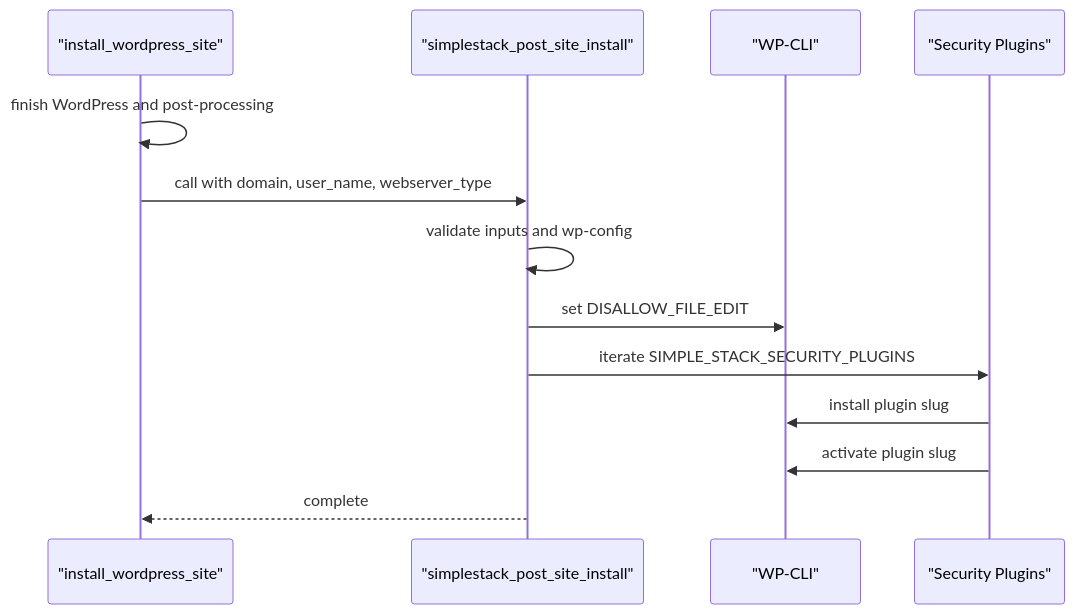
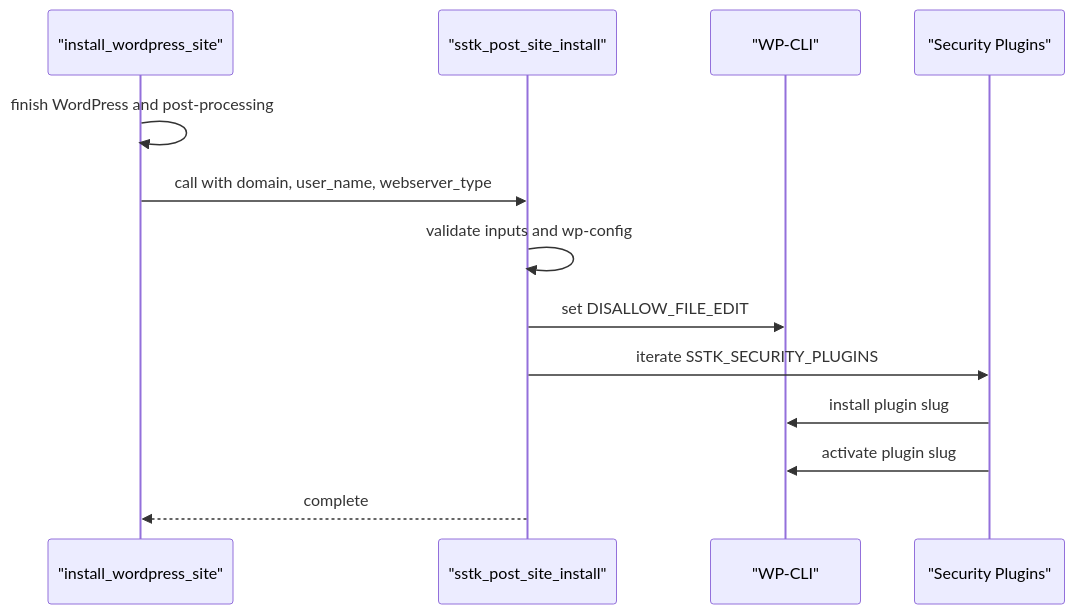
Before and after one commit to onedogsolutions/simple-stack: the seventh of 8 diagrams in .qoder/repowiki/en/content/WordPress Application Engine/WordPress Application Engine.md, drawn with Mermaid. The commit also changed other lines of this file and 5941 other files, not shown here.

First line of the commit message:
refactor(core): rebrand WPCloudDeploy to Simple Stack with new namespaces and prefixes

````diff
--- a/.qoder/repowiki/en/content/WordPress Application Engine/WordPress Application Engine.md
+++ b/.qoder/repowiki/en/content/WordPress Application Engine/WordPress Application Engine.md
@@ -389,15 +385,15 @@
 ```mermaid
 sequenceDiagram
 participant Installer as "install_wordpress_site"
-participant Hook as "simplestack_post_site_install"
+participant Hook as "sstk_post_site_install"
 participant WP as "WP-CLI"
 participant Plugins as "Security Plugins"
 Installer->>Installer : finish WordPress and post-processing
 Installer->>Hook : call with domain, user_name, webserver_type
 Hook->>Hook : validate inputs and wp-config
 Hook->>WP : set DISALLOW_FILE_EDIT
-Hook->>Plugins : iterate SIMPLE_STACK_SECURITY_PLUGINS
+Hook->>Plugins : iterate SSTK_SECURITY_PLUGINS
 Plugins->>WP : install plugin slug
 Plugins->>WP : activate plugin slug
 Hook-->>Installer : complete
 ```
````
